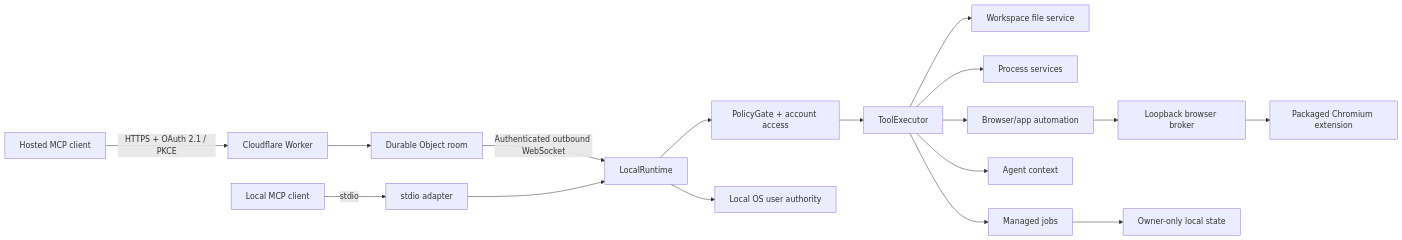
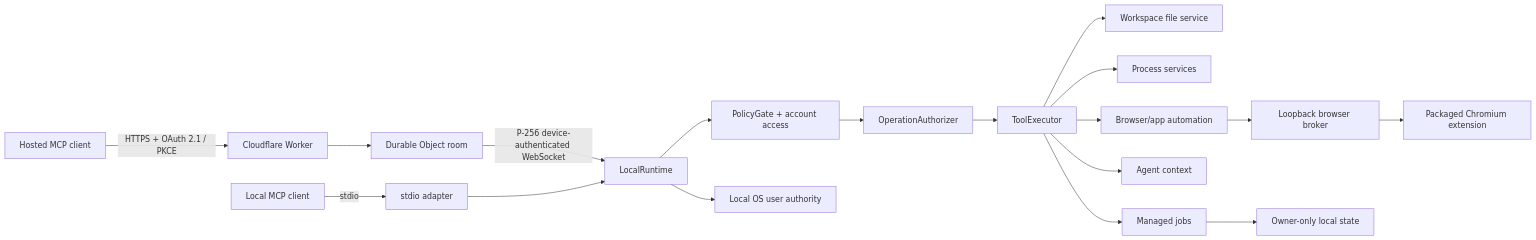
The diagram in docs/OVERVIEW.md (YuLeiFuYun/machine-bridge-mcp), drawn with Mermaid before and after one commit. The commit also changed other lines of this file and 57 other files, not shown here.

````diff
--- a/docs/OVERVIEW.md
+++ b/docs/OVERVIEW.md
@@ -13,23 +14,24 @@
 ```mermaid
 flowchart LR
   HC[Hosted MCP client] -->|HTTPS + OAuth 2.1 / PKCE| W[Cloudflare Worker]
   W --> DO[Durable Object room]
-  DO -->|Authenticated outbound WebSocket| R[LocalRuntime]
+  DO -->|P-256 device-authenticated WebSocket| R[LocalRuntime]
 
   LC[Local MCP client] -->|stdio| S[stdio adapter]
   S --> R
 
   R --> PG[PolicyGate + account access]
-  PG --> TE[ToolExecutor]
+  PG --> OA[OperationAuthorizer]
+  OA --> TE[ToolExecutor]
   TE --> FS[Workspace file service]
   TE --> PS[Process services]
   TE --> MJ[Managed jobs]
   TE --> AC[Agent context]
   TE --> BA[Browser/app automation]
 
   BA --> BB[Loopback browser broker]
   BB --> EX[Packaged Chromium extension]
 
   R --> OS[Local OS user authority]
   MJ --> ST[Owner-only local state]
 ```
````
